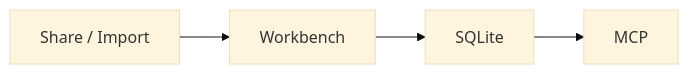
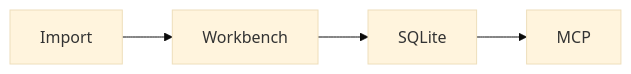
Before and after one commit to yuxuan6426/clipsignal: the sixth of 9 diagrams in docs/diagrams.md, drawn with Mermaid (base theme). The commit also changed other lines of this file and 27 other files, not shown here.

Commit message:
Redraw ClipSignal imagery and tighten workflow diagrams

````diff
--- a/docs/diagrams.md
+++ b/docs/diagrams.md
@@ -47,4 +57,4 @@
 ```mermaid
 flowchart LR
-  wechat0["Share / Import"] --> wechat1["Workbench"] --> wechat2["SQLite"] --> wechat3["MCP"]
+  Import --> Workbench --> SQLite --> MCP
 ```
````
